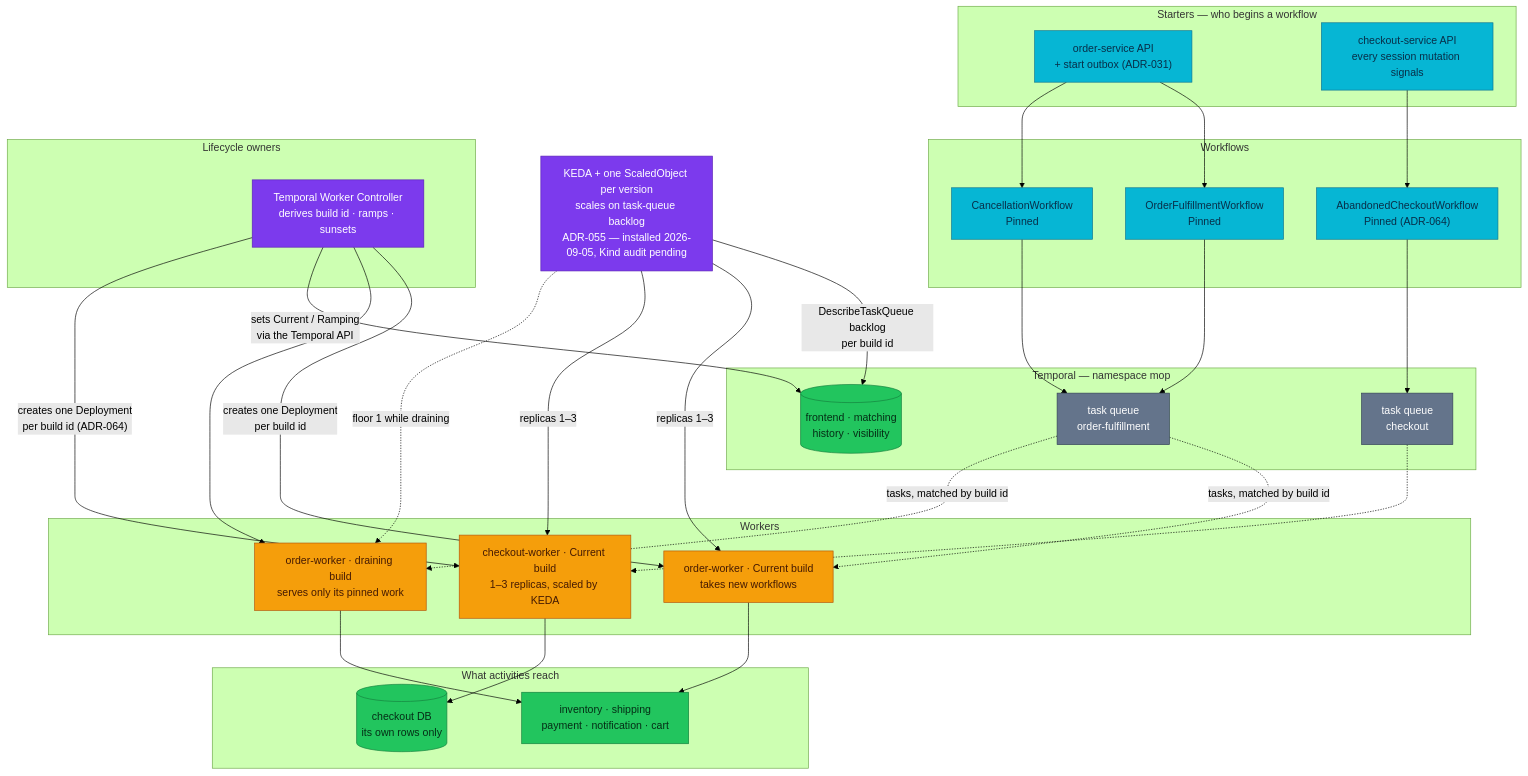
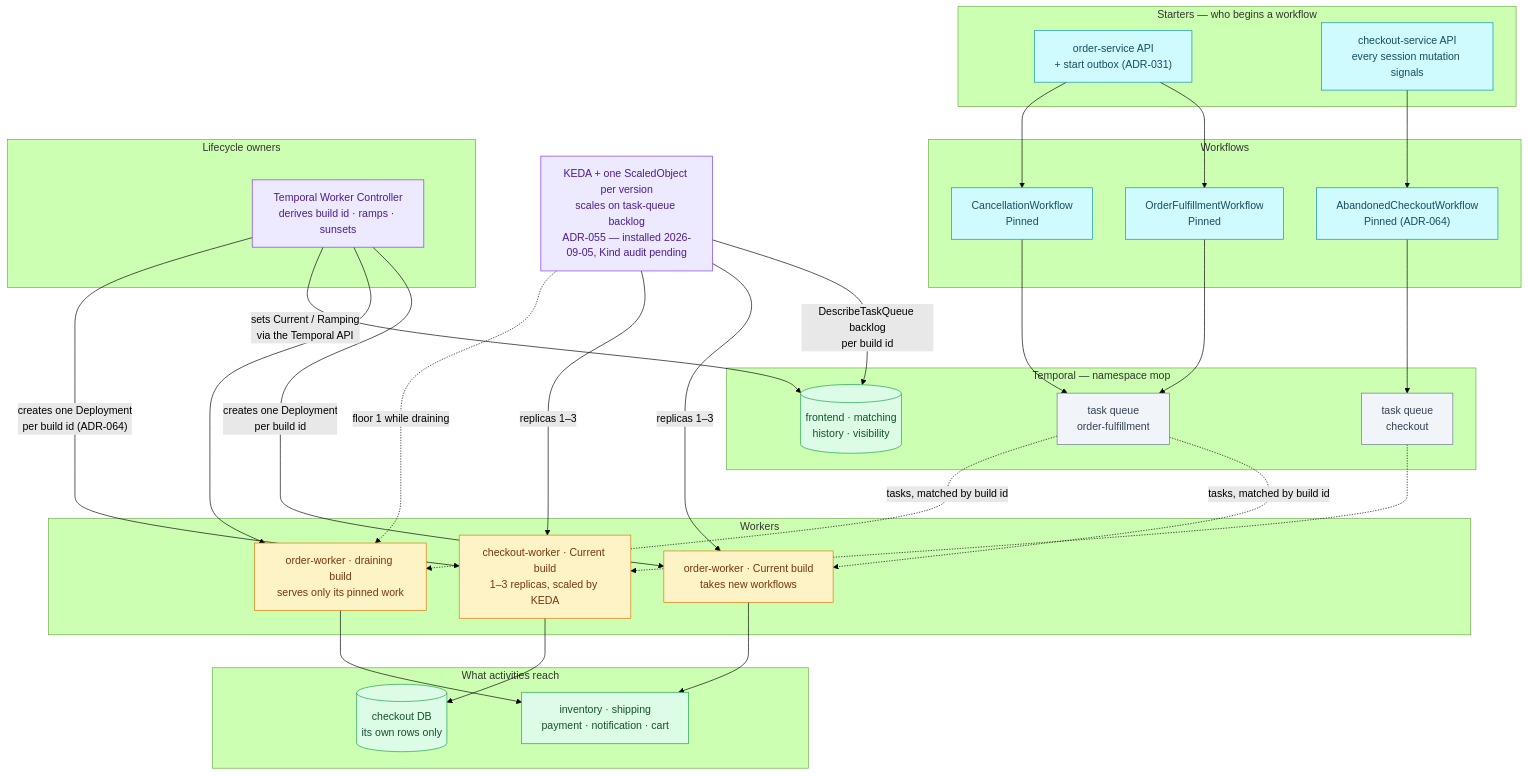
The diagram in docs/api/workflows.md (duynhlab/homelab), drawn with Mermaid (forest theme) before and after one commit. The commit also changed 174 other files, not shown here.

First line of the commit message:
Soft-tint diagram palette, a signal-flow diagram, a Linux-ready Draw.io skill

````diff
--- a/docs/api/workflows.md
+++ b/docs/api/workflows.md
@@ -30,73 +30,73 @@
 ```mermaid
 flowchart TD
   subgraph starters["Starters — who begins a workflow"]
     OAPI["order-service API<br/>+ start outbox (ADR-031)"]
     CAPI["checkout-service API<br/>every session mutation signals"]
   end
 
   subgraph wf["Workflows"]
     OFW["OrderFulfillmentWorkflow<br/>Pinned"]
     CW["CancellationWorkflow<br/>Pinned"]
     ACW["AbandonedCheckoutWorkflow<br/>Pinned (ADR-064)"]
   end
 
   subgraph srv["Temporal — namespace mop"]
     TS[("frontend · matching<br/>history · visibility")]
     QF["task queue<br/>order-fulfillment"]
     QC["task queue<br/>checkout"]
   end
 
   subgraph ctl["Lifecycle owners"]
     WC["Temporal Worker Controller<br/>derives build id · ramps · sunsets"]
   end
 
   subgraph run["Workers"]
     OWc["order-worker · Current build<br/>takes new workflows"]
     OWd["order-worker · draining build<br/>serves only its pinned work"]
     CKW["checkout-worker · Current build<br/>1–3 replicas, scaled by KEDA"]
   end
 
   subgraph down["What activities reach"]
     DS["inventory · shipping<br/>payment · notification · cart"]
     CDB[("checkout DB<br/>its own rows only")]
   end
 
   KEDA["KEDA + one ScaledObject per version<br/>scales on task-queue backlog<br/>ADR-055 — installed 2026-09-05, Kind audit pending"]
 
   OAPI --> OFW
   OAPI --> CW
   CAPI --> ACW
   OFW --> QF
   CW --> QF
   ACW --> QC
   QF -.->|"tasks, matched by build id"| OWc
   QF -.->|"tasks, matched by build id"| OWd
   QC -.-> CKW
 
   WC -->|"creates one Deployment<br/>per build id"| OWc
   WC --> OWd
   WC -->|"sets Current / Ramping<br/>via the Temporal API"| TS
   WC -->|"creates one Deployment<br/>per build id (ADR-064)"| CKW
 
   OWc --> DS
   OWd --> DS
   CKW --> CDB
 
   KEDA -->|"DescribeTaskQueue backlog<br/>per build id"| TS
   KEDA -->|"replicas 1–3"| OWc
   KEDA -->|"replicas 1–3"| CKW
   KEDA -.->|"floor 1 while draining"| OWd
 
-  classDef service fill:#06b6d4,color:#082f49,stroke:#0e7490;
-  classDef worker fill:#f59e0b,color:#451a03,stroke:#b45309;
-  classDef platform fill:#7c3aed,color:#fff,stroke:#5b21b6;
-  classDef data fill:#22c55e,color:#052e16,stroke:#15803d;
-  classDef external fill:#64748b,color:#fff,stroke:#334155;
+  classDef service fill:#cffafe,color:#164e63,stroke:#0891b2;
+  classDef worker fill:#fef3c7,color:#78350f,stroke:#d97706;
+  classDef platform fill:#ede9fe,color:#4c1d95,stroke:#7c3aed;
+  classDef data fill:#dcfce7,color:#14532d,stroke:#16a34a;
+  classDef external fill:#f1f5f9,color:#334155,stroke:#64748b;
   classDef planned fill:#fff,color:#475569,stroke:#64748b,stroke-dasharray:5 5;
   class OAPI,CAPI,OFW,CW,ACW service
   class OWc,OWd,CKW worker
   class WC platform
   class TS,DS,CDB data
   class QF,QC external
   class KEDA platform
 ```
````
